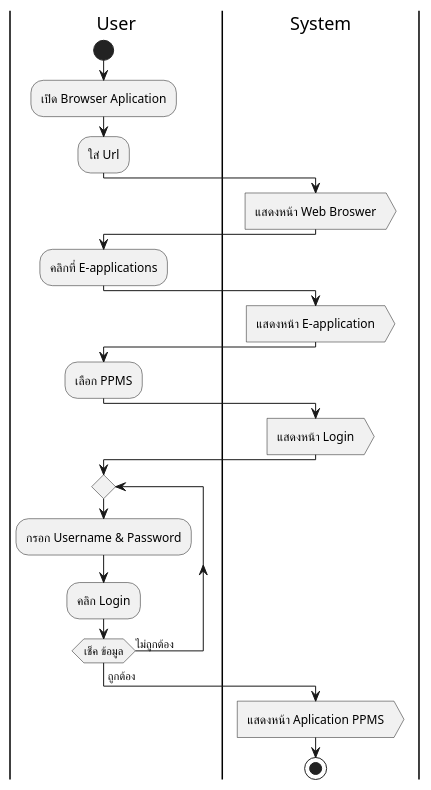
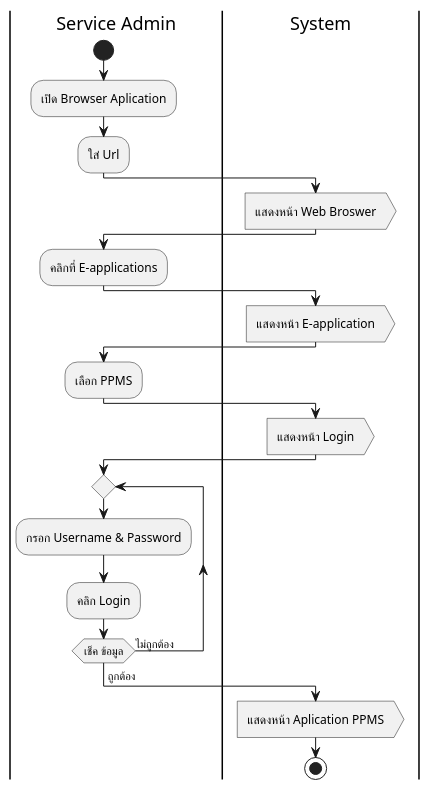
Before and after one commit to Meenkonlapat/RPA-Project: the diagram in User Activity/Process 3 Categorizing/u1-Login PPMS.wsd, drawn with PlantUML. The commit also changed 5 other files, not shown here.

```diff
--- a/User Activity/Process 3 Categorizing/u1-Login PPMS.wsd
+++ b/User Activity/Process 3 Categorizing/u1-Login PPMS.wsd
@@ -1,25 +1,25 @@
 @startuml
-|User|
+|Service Admin|
 start
 :เปิด Browser Aplication;
 :ใส่ Url;
 |System|
 :แสดงหน้า Web Broswer>
-|User|
+|Service Admin|
 :คลิกที่ E-applications;
 |System|
 :แสดงหน้า E-application>
-|User|
+|Service Admin|
 :เลือก PPMS;
 |System|
 :แสดงหน้า Login>
-|User|
+|Service Admin|
 repeat
 :กรอก Username & Password;
 :คลิก Login;
 repeat while (เช็ค ข้อมูล) is (ไม่ถูกต้อง)
 ->ถูกต้อง;
 |System|
 :แสดงหน้า Aplication PPMS>
 stop
 @enduml
```
